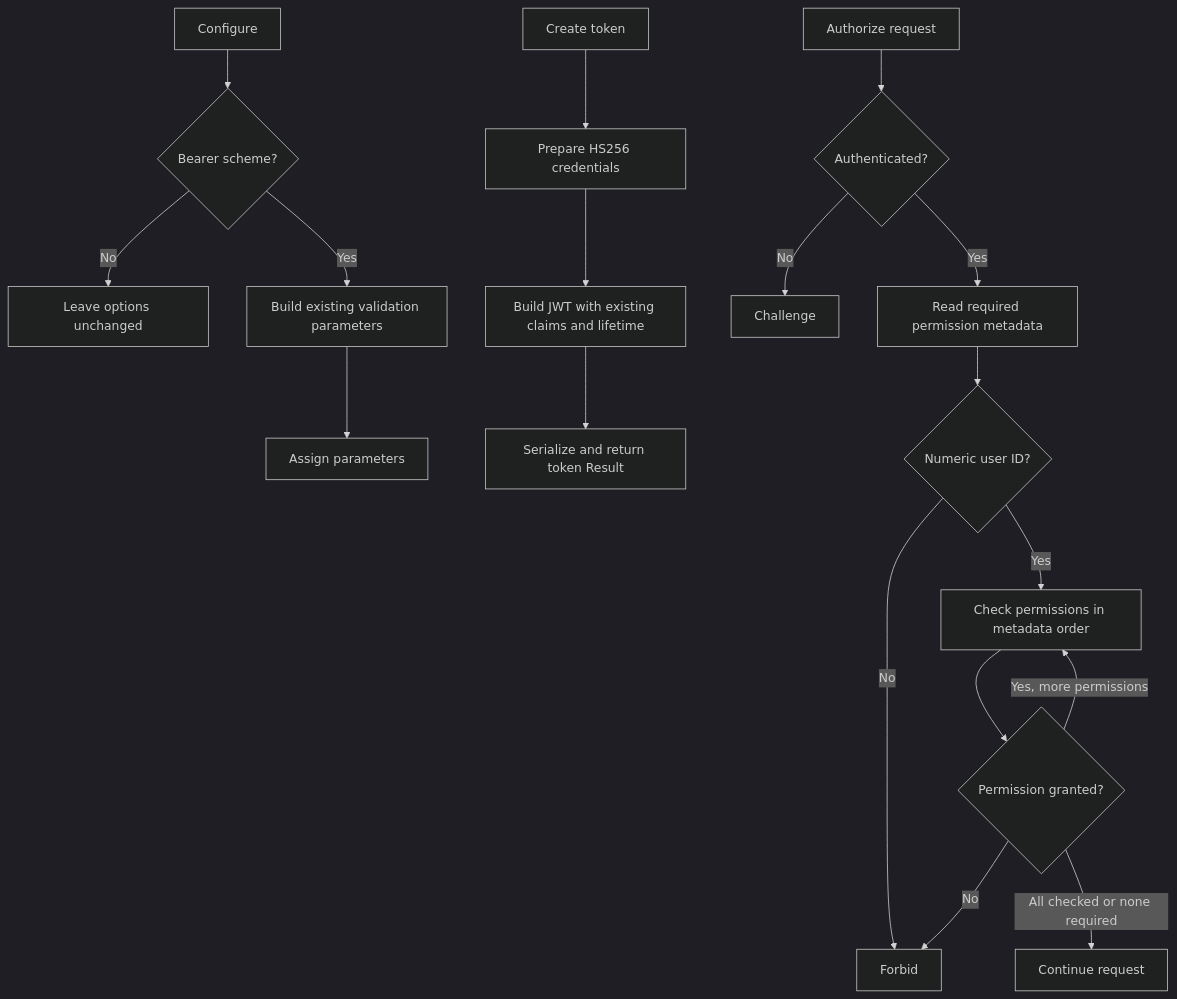
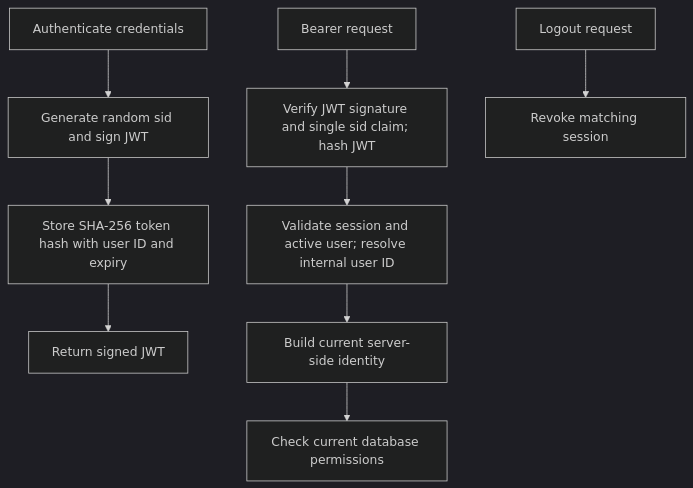
The diagram in docs/auth-workflows.md (phonewinttun-dev/dev-track), drawn with Mermaid (dark theme) before and after one commit. The commit also changed other lines of this file and 13 other files, not shown here.

````diff
--- a/docs/auth-workflows.md
+++ b/docs/auth-workflows.md
@@ -16,20 +10,11 @@
 ```mermaid
 flowchart TD
-    Configure[Configure] --> Scheme{Bearer scheme?}
-    Scheme -->|No| Ignore[Leave options unchanged]
-    Scheme -->|Yes| Parameters[Build existing validation parameters]
-    Parameters --> Apply[Assign parameters]
-    Token[Create token] --> Credentials[Prepare HS256 credentials]
-    Credentials --> Build[Build JWT with existing claims and lifetime]
-    Build --> Serialize[Serialize and return token Result]
-    Authorize[Authorize request] --> Authenticated{Authenticated?}
-    Authenticated -->|No| Challenge[Challenge]
-    Authenticated -->|Yes| Metadata[Read required permission metadata]
-    Metadata --> Identity{Numeric user ID?}
-    Identity -->|No| Forbid[Forbid]
-    Identity -->|Yes| Permissions[Check permissions in metadata order]
-    Permissions --> Granted{Permission granted?}
-    Granted -->|No| Forbid
-    Granted -->|Yes, more permissions| Permissions
-    Granted -->|All checked or none required| Continue[Continue request]
+    Login[Authenticate credentials] --> Generate[Generate random sid and sign JWT]
+    Generate --> Store[Store SHA-256 token hash with user ID and expiry]
+    Store --> Return[Return signed JWT]
+    Request[Bearer request] --> Hash[Verify JWT signature and single sid claim; hash JWT]
+    Hash --> Session[Validate session and active user; resolve internal user ID]
+    Session --> Principal[Build current server-side identity]
+    Principal --> Permissions[Check current database permissions]
+    Logout[Logout request] --> Revoke[Revoke matching session]
 ```
````
